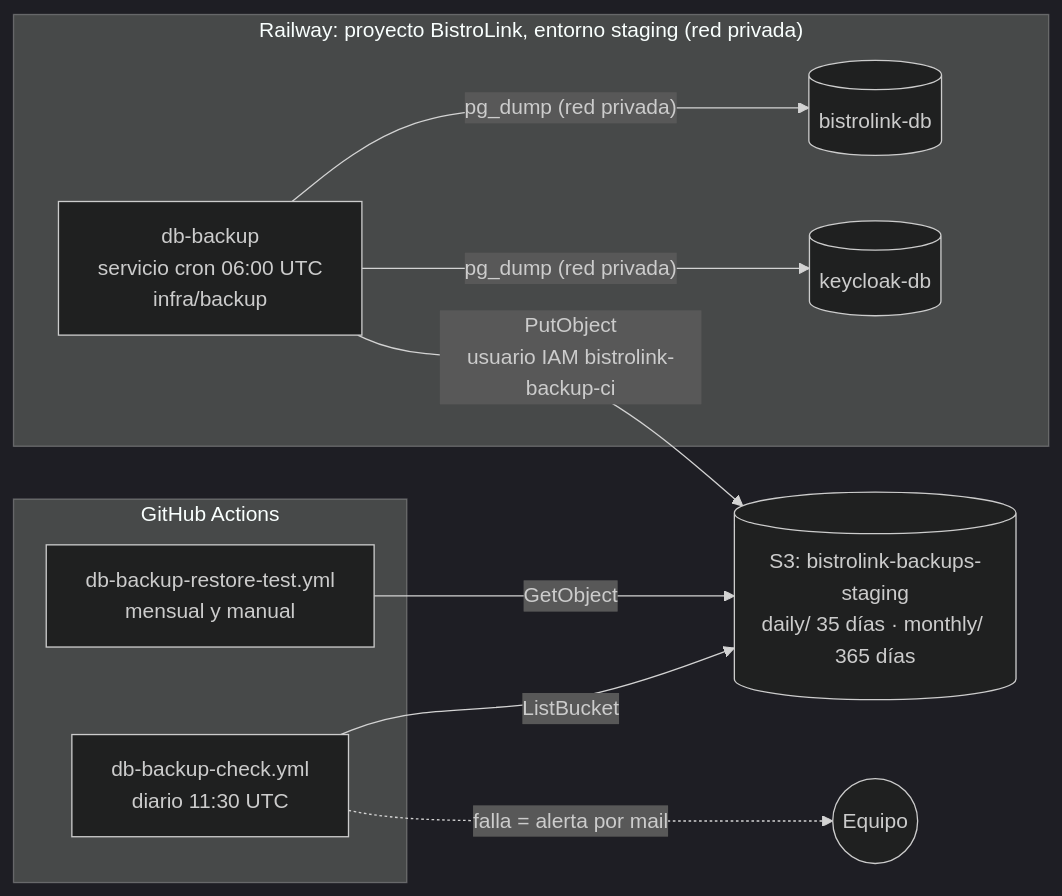
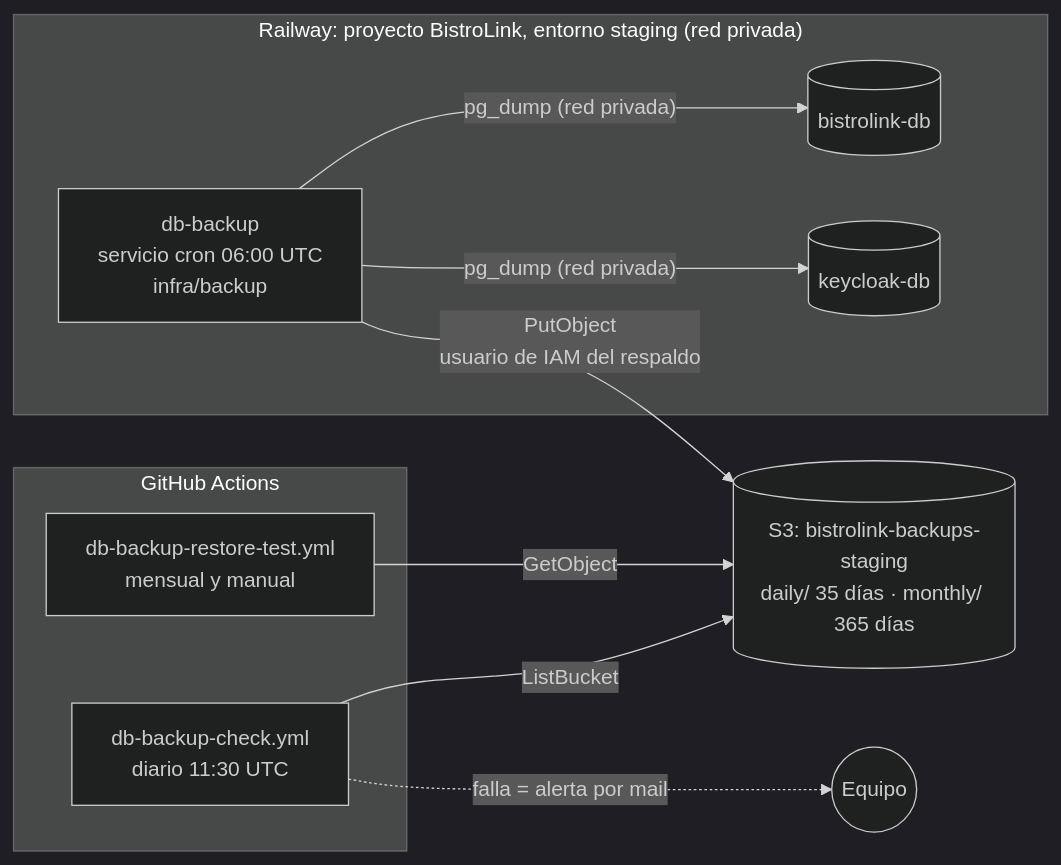
One commit to VED-VirtualExperienceDevelopment/bistrolink changed the first of 2 diagrams in docs/runbooks/respaldo-y-restauracion.md. Above: the diagram before and after it, drawn with Mermaid (dark theme). The commit also changed other lines of this file, not shown here.

````diff
--- a/docs/runbooks/respaldo-y-restauracion.md
+++ b/docs/runbooks/respaldo-y-restauracion.md
@@ -18,18 +27,18 @@
 ```mermaid
 flowchart LR
   subgraph Railway["Railway: proyecto BistroLink, entorno staging (red privada)"]
     DB1[(bistrolink-db)]
     DB2[(keycloak-db)]
     BK["db-backup<br/>servicio cron 06:00 UTC<br/>infra/backup"]
     BK -- "pg_dump (red privada)" --> DB1
     BK -- "pg_dump (red privada)" --> DB2
   end
-  BK -- "PutObject<br/>usuario IAM bistrolink-backup-ci" --> S3[("S3: bistrolink-backups-staging<br/>daily/ 35 días · monthly/ 365 días")]
+  BK -- "PutObject<br/>usuario de IAM del respaldo" --> S3[("S3: bistrolink-backups-staging<br/>daily/ 35 días · monthly/ 365 días")]
   subgraph GH["GitHub Actions"]
     F["db-backup-check.yml<br/>diario 11:30 UTC"]
     R["db-backup-restore-test.yml<br/>mensual y manual"]
   end
   F -- "ListBucket" --> S3
   R -- "GetObject" --> S3
   F -. "falla = alerta por mail" .-> Equipo((Equipo))
 ```
````
